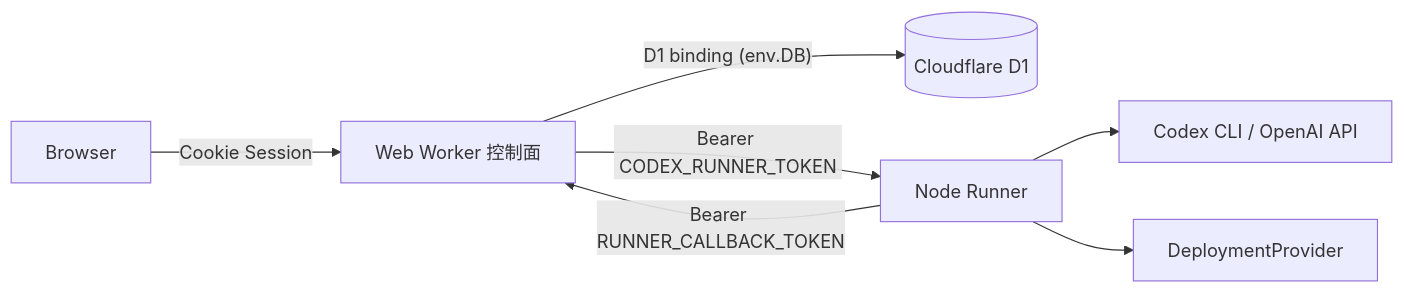
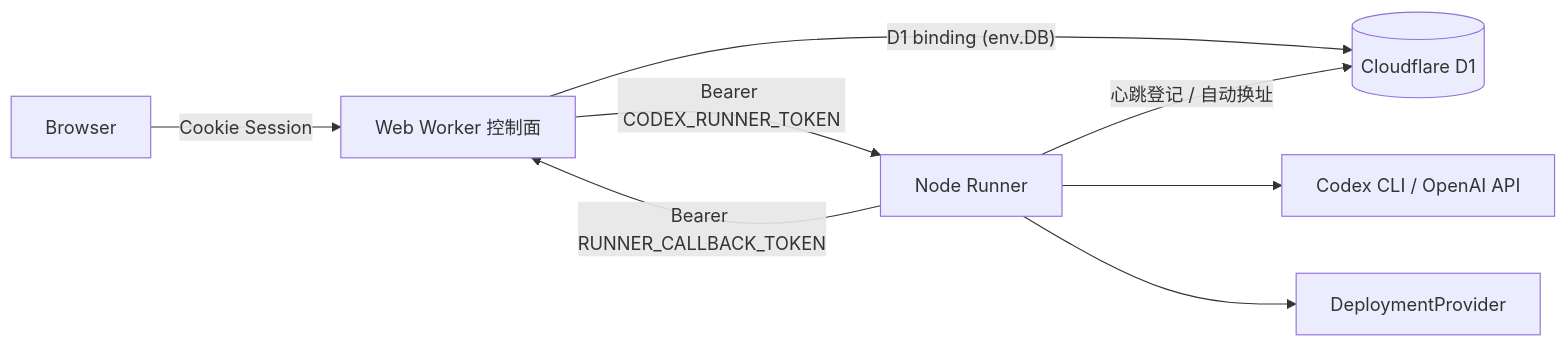
One commit to JonasQiu/mobile-app-build changed the first of 2 diagrams in docs/API与事件协议.md. Above: the diagram before and after it, drawn with Mermaid. The commit also changed other lines of this file and 27 other files, not shown here.

````diff
--- a/docs/API与事件协议.md
+++ b/docs/API与事件协议.md
@@ -15,9 +15,10 @@
 ```mermaid
 flowchart LR
   B[Browser] -->|"Cookie Session"| W[Web Worker 控制面]
   W -->|"D1 binding (env.DB)"| D[(Cloudflare D1)]
   W -->|"Bearer CODEX_RUNNER_TOKEN"| R[Node Runner]
   R -->|"Bearer RUNNER_CALLBACK_TOKEN"| W
+  R -->|"心跳登记 / 自动换址"| D
   R --> C[Codex CLI / OpenAI API]
   R --> P[DeploymentProvider]
 ```
````
